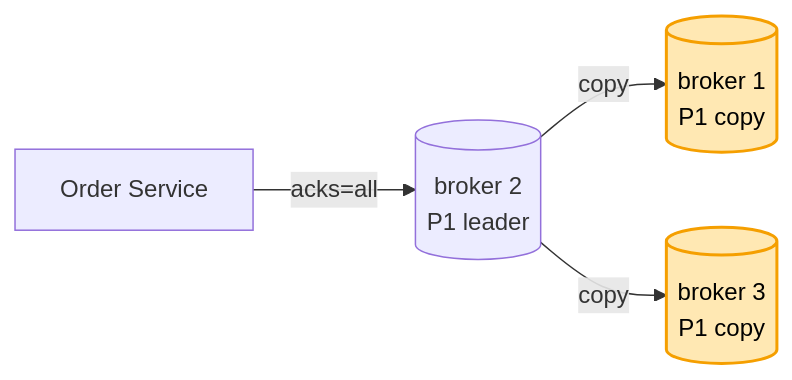
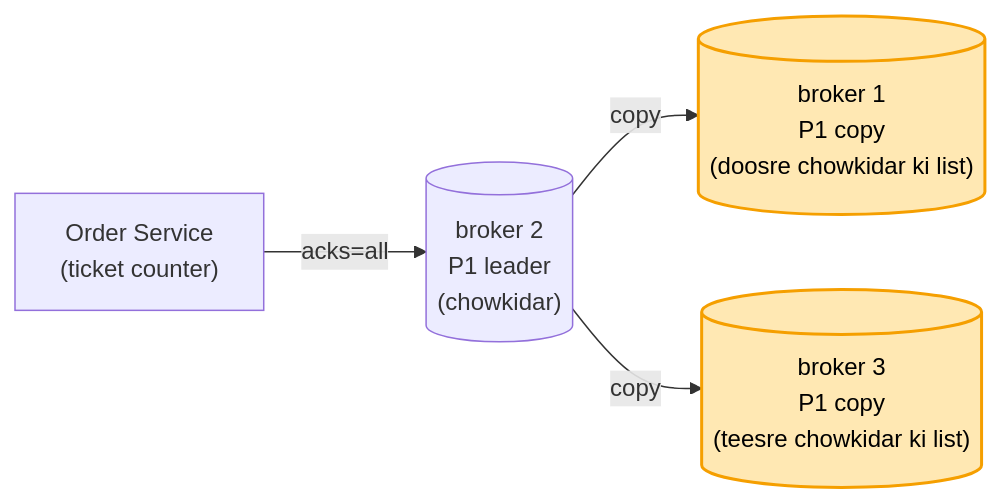
One commit to ArpanMaheshwari144/Prep changed the sixth of 8 diagrams in 04_HLD/SYSTEM_DESIGNS/12_message_queue_kafka/12_message_queue_kafka.md. Above: the diagram before and after it, drawn with Mermaid. The commit also changed other lines of this file and 1 other file, not shown here.

Commit message:
HLD kafka main file: har kadam pe ek Stadium line + diagram me technical naam ke saath bracket me stadium naam; notes block 6 checker (bookmark consumer likhta)

````diff
--- a/04_HLD/SYSTEM_DESIGNS/12_message_queue_kafka/12_message_queue_kafka.md
+++ b/04_HLD/SYSTEM_DESIGNS/12_message_queue_kafka/12_message_queue_kafka.md
@@ -269,8 +281,8 @@
 ```mermaid
 flowchart LR
-    O["Order Service"] -- "acks=all" --> L[("broker 2<br/>P1 leader")]
-    L -- "copy" --> A[("broker 1<br/>P1 copy")]
-    L -- "copy" --> C[("broker 3<br/>P1 copy")]
+    O["Order Service<br/>(ticket counter)"] -- "acks=all" --> L[("broker 2<br/>P1 leader<br/>(chowkidar)")]
+    L -- "copy" --> A[("broker 1<br/>P1 copy<br/>(doosre chowkidar ki list)")]
+    L -- "copy" --> C[("broker 3<br/>P1 copy<br/>(teesre chowkidar ki list)")]
     style A fill:#ffe8b3,stroke:#f59f00,stroke-width:2px,color:#000
     style C fill:#ffe8b3,stroke:#f59f00,stroke-width:2px,color:#000
 ```
````
